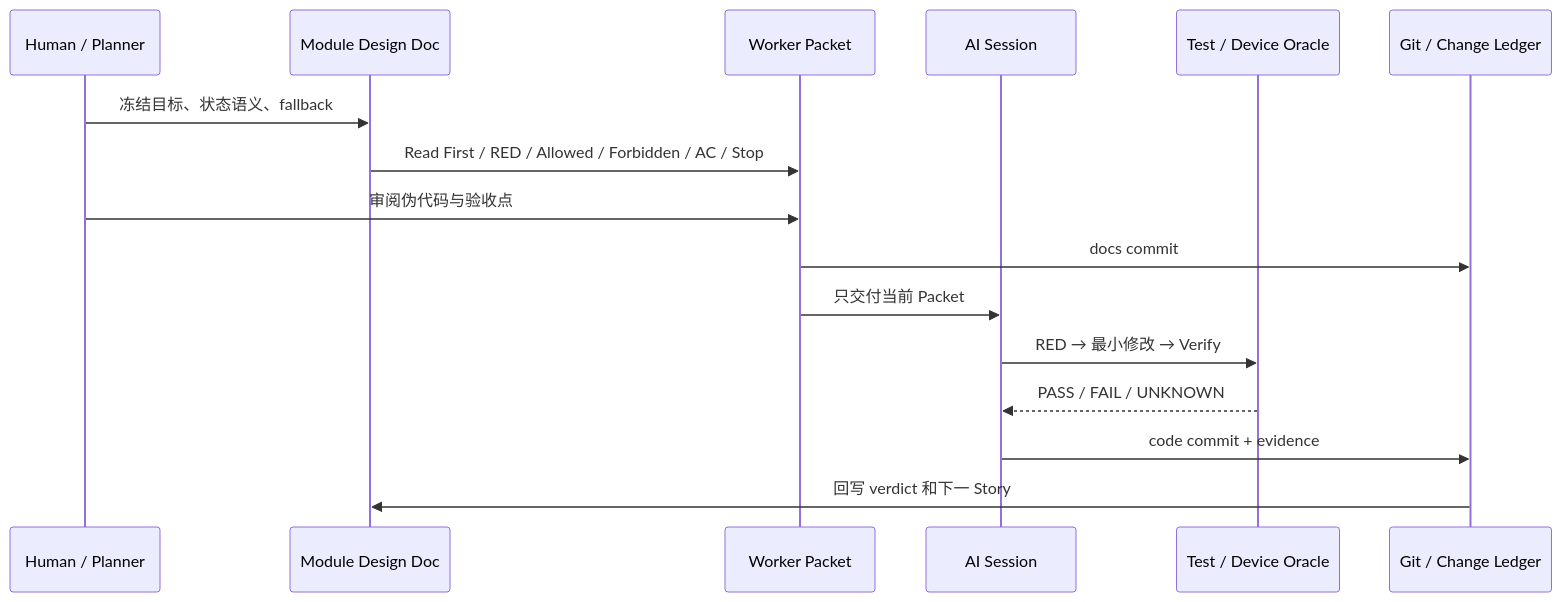
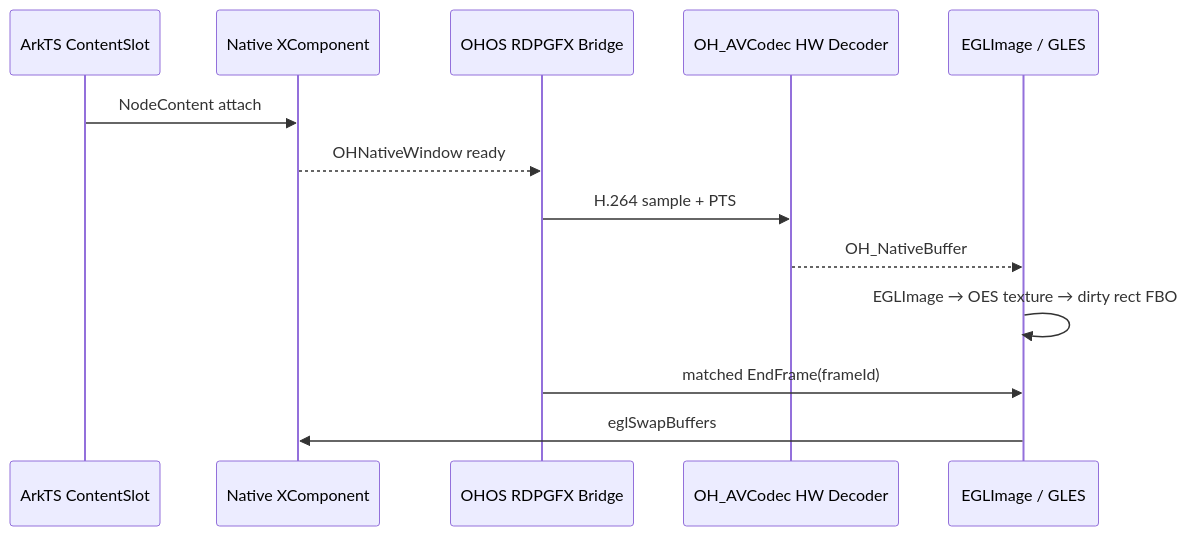
One commit to xiaomu120413/harmonyos-sdd-ralph-workshop changed the sixth of 8 diagrams in case-materials/gpu/14-GPU案例第28-38页详细讲稿与文档证据.md. Above: the diagram before and after it, drawn with Mermaid. The commit also changed other lines of this file and 5 other files, not shown here.

````diff
--- a/case-materials/gpu/14-GPU案例第28-38页详细讲稿与文档证据.md
+++ b/case-materials/gpu/14-GPU案例第28-38页详细讲稿与文档证据.md
@@ -269,18 +116,15 @@
 ```mermaid
 sequenceDiagram
-    participant H as Human / Planner
-    participant D as Module Design Doc
-    participant W as Worker Packet
-    participant A as AI Session
-    participant T as Test / Device Oracle
-    participant G as Git / Change Ledger
-    H->>D: 冻结目标、状态语义、fallback
-    D->>W: Read First / RED / Allowed / Forbidden / AC / Stop
-    H->>W: 审阅伪代码与验收点
-    W->>G: docs commit
-    W->>A: 只交付当前 Packet
-    A->>T: RED → 最小修改 → Verify
-    T-->>A: PASS / FAIL / UNKNOWN
-    A->>G: code commit + evidence
-    G->>D: 回写 verdict 和下一 Story
+    participant UI as ArkTS ContentSlot
+    participant X as Native XComponent
+    participant B as OHOS RDPGFX Bridge
+    participant D as OH_AVCodec HW Decoder
+    participant E as EGLImage / GLES
+    UI->>X: NodeContent attach
+    X-->>B: OHNativeWindow ready
+    B->>D: H.264 sample + PTS
+    D-->>E: OH_NativeBuffer
+    E->>E: EGLImage → OES texture → dirty rect FBO
+    B->>E: matched EndFrame(frameId)
+    E->>X: eglSwapBuffers
 ```
````
